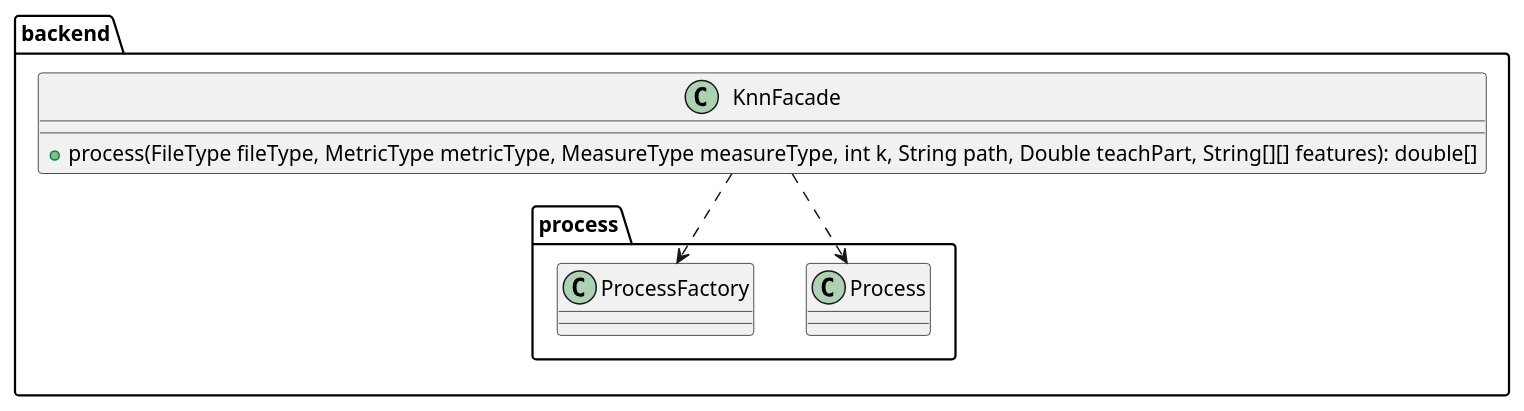
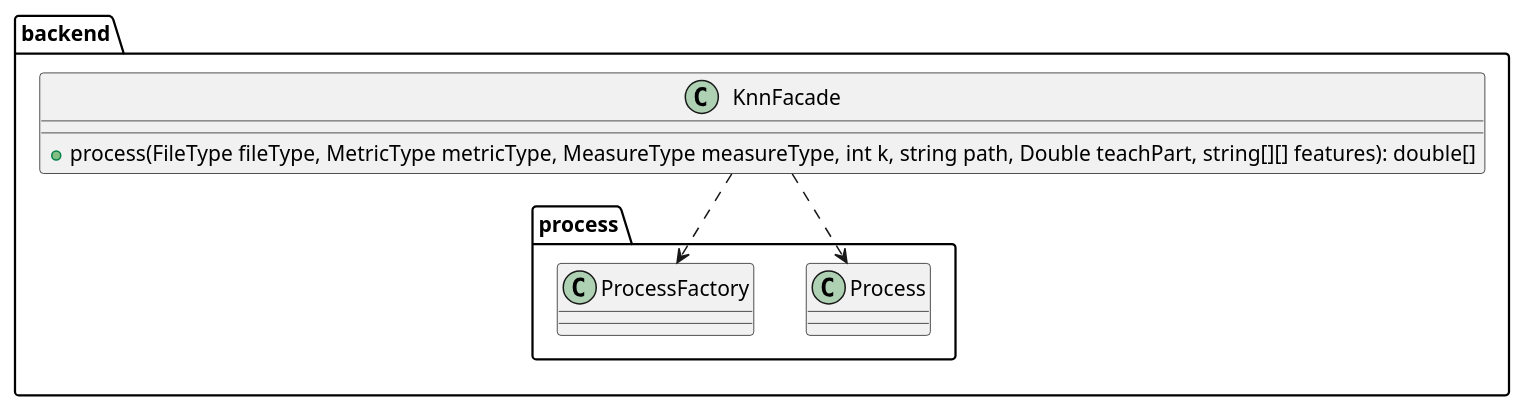
The tenth of 10 diagrams in README.md (kambed/Computer-Recognition-Systems), drawn with PlantUML before and after one commit. The commit also changed other lines of this file, not shown here.

````diff
--- a/README.md
+++ b/README.md
@@ -402,14 +402,14 @@
 ```plantuml
 top to bottom direction
 package backend {
     class KnnFacade {
-        + process(FileType fileType, MetricType metricType, MeasureType measureType, int k, String path, Double teachPart, String[][] features): double[]
+        + process(FileType fileType, MetricType metricType, MeasureType measureType, int k, string path, Double teachPart, string[][] features): double[]
     }
     package process {
         class Process
         class ProcessFactory
     }
     KnnFacade ..> ProcessFactory
     KnnFacade ..> Process
 }
 ```
````
